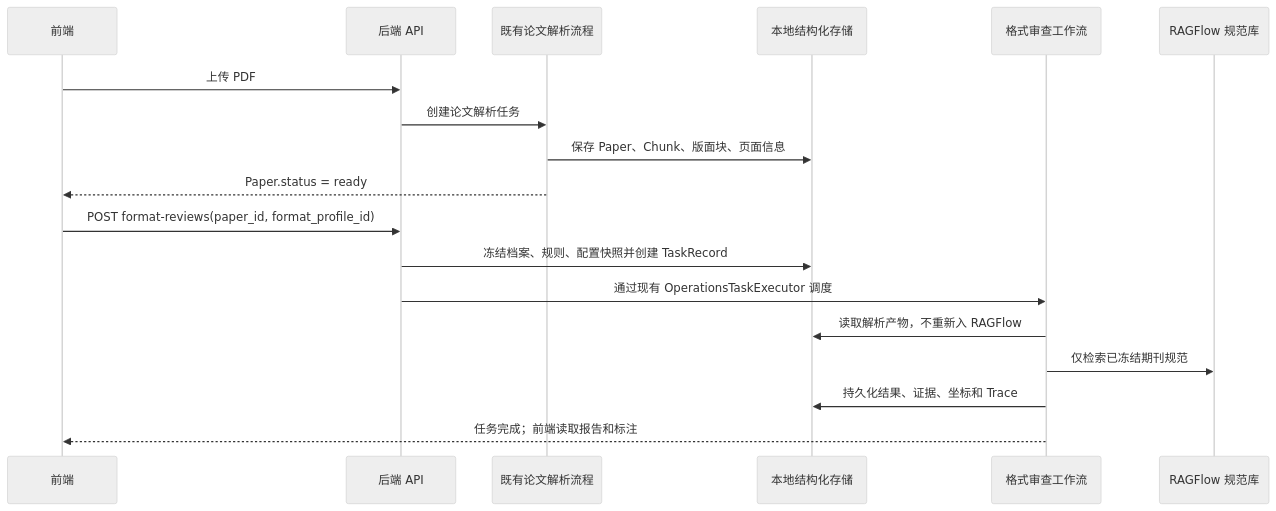
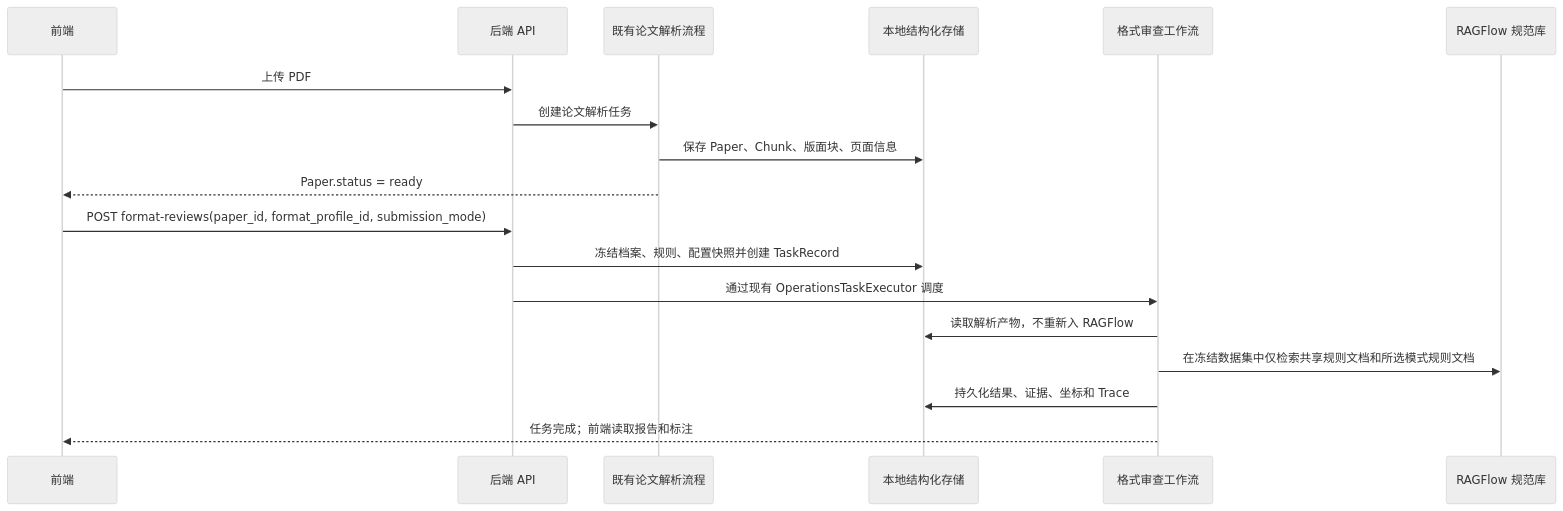
One commit to szy2334/ragflow-course-project changed the fourth of 4 diagrams in 格式审查模块详细设计_V1.0.md. Above: the diagram before and after it, drawn with Mermaid (neutral theme). The commit also changed other lines of this file and 1 other file, not shown here.

````diff
--- a/格式审查模块详细设计_V1.0.md
+++ b/格式审查模块详细设计_V1.0.md
@@ -635,21 +692,21 @@
 ```mermaid
 sequenceDiagram
     participant UI as 前端
     participant API as 后端 API
     participant ING as 既有论文解析流程
     participant DB as 本地结构化存储
     participant FR as 格式审查工作流
     participant RAG as RAGFlow 规范库
 
     UI->>API: 上传 PDF
     API->>ING: 创建论文解析任务
     ING->>DB: 保存 Paper、Chunk、版面块、页面信息
     ING-->>UI: Paper.status = ready
-    UI->>API: POST format-reviews(paper_id, format_profile_id)
+    UI->>API: POST format-reviews(paper_id, format_profile_id, submission_mode)
     API->>DB: 冻结档案、规则、配置快照并创建 TaskRecord
     API->>FR: 通过现有 OperationsTaskExecutor 调度
     FR->>DB: 读取解析产物，不重新入 RAGFlow
-    FR->>RAG: 仅检索已冻结期刊规范
+    FR->>RAG: 在冻结数据集中仅检索共享规则文档和所选模式规则文档
     FR->>DB: 持久化结果、证据、坐标和 Trace
     FR-->>UI: 任务完成；前端读取报告和标注
 ```
````
